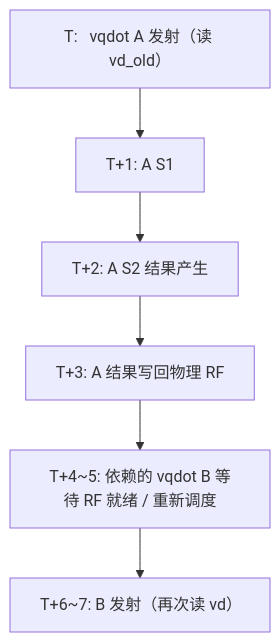
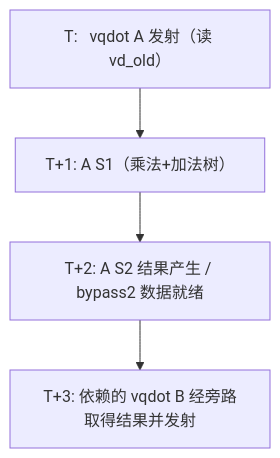
The third of 4 diagrams in docs/微架构延迟吞吐分析.md (Sun-Yingjie/cie2026-AsyncSys-xiangshan-vdot), drawn with Mermaid before and after one commit. The commit also changed other lines of this file and 7 other files, not shown here.

````diff
--- a/docs/微架构延迟吞吐分析.md
+++ b/docs/微架构延迟吞吐分析.md
@@ -75,8 +111,6 @@
 ```mermaid
 flowchart TD
-  A["T:   vqdot A 发射（读 vd_old）"] --> B["T+1: A S1"]
-  B --> C["T+2: A S2 结果产生"]
-  C --> D["T+3: A 结果写回物理 RF"]
-  D --> E["T+4~5: 依赖的 vqdot B 等待 RF 就绪 / 重新调度"]
-  E --> F["T+6~7: B 发射（再次读 vd）"]
+  A["T:   vqdot A 发射（读 vd_old）"] --> B["T+1: A S1（乘法+加法树）"]
+  B --> C["T+2: A S2 结果产生 / bypass2 数据就绪"]
+  C --> D["T+3: 依赖的 vqdot B 经旁路取得结果并发射"]
 ```
````
